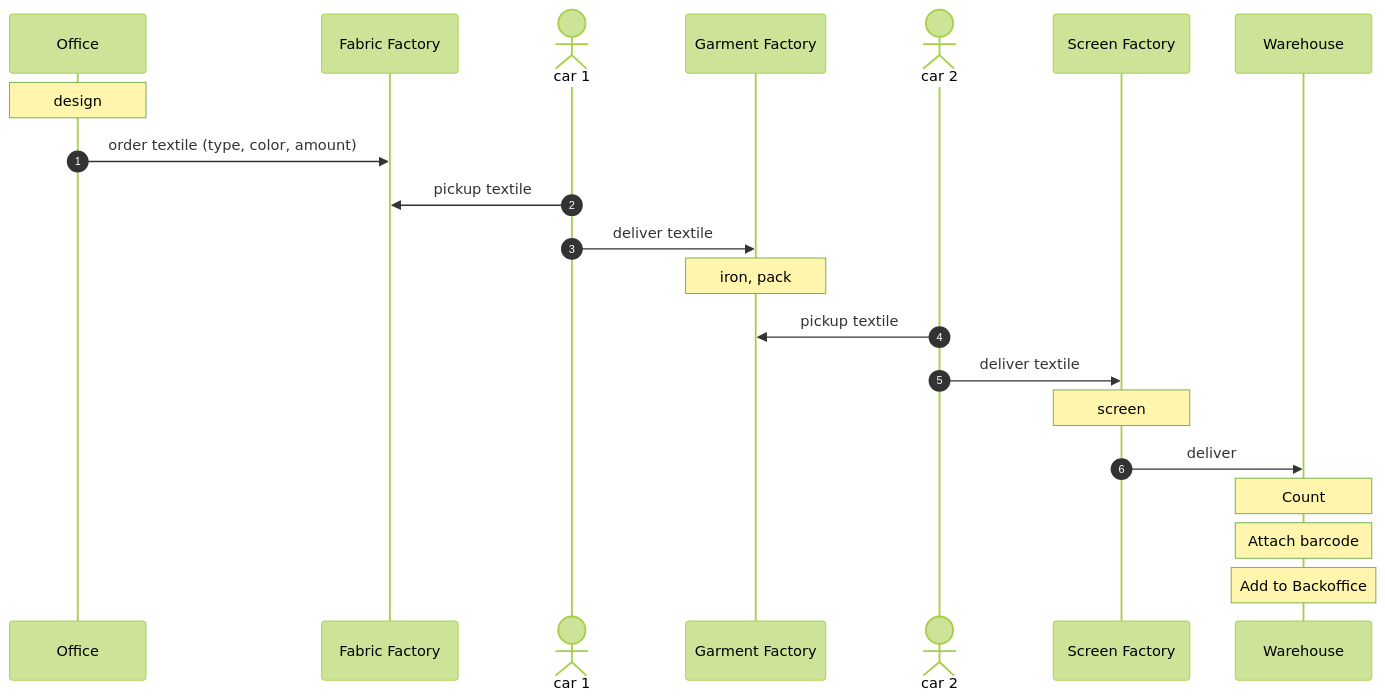
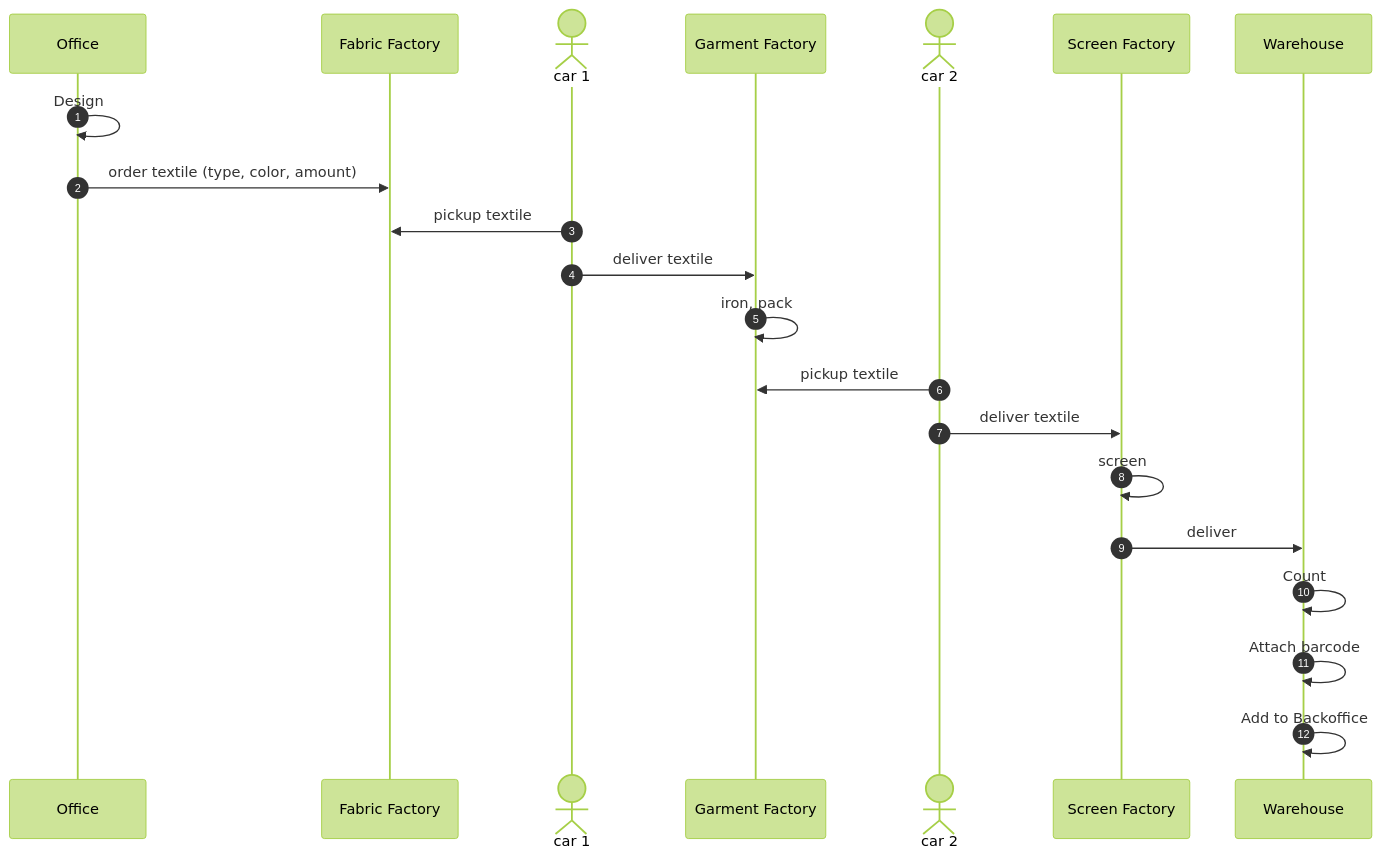
The diagram in manufacturing-flow.md (turboza/urthe-documentation), drawn with Mermaid (forest theme) before and after one commit.

Commit message:
Replace note with arrow for the process
I think it might be nicer to use arrow for the process, wdyt?

````diff
--- a/manufacturing-flow.md
+++ b/manufacturing-flow.md
@@ -3,25 +3,25 @@
 ```mermaid
 sequenceDiagram
     participant Office
     participant Fabric Factory
     actor car 1
     participant Garment Factory
     actor car 2
     participant Screen Factory
     participant Warehouse
 
     autonumber
 
-    Note over Office: design
+    Office->>Office: Design
     Office->>Fabric Factory: order textile (type, color, amount)
     car 1->>Fabric Factory: pickup textile
     car 1->>Garment Factory: deliver textile
-    Note over Garment Factory: iron, pack
+    Garment Factory->>Garment Factory: iron, pack
     car 2->>Garment Factory: pickup textile
     car 2->>Screen Factory: deliver textile
-    Note over Screen Factory: screen
+    Screen Factory->>Screen Factory: screen
     Screen Factory->>Warehouse: deliver
-    Note over Warehouse: Count
-    Note over Warehouse: Attach barcode
-    Note over Warehouse: Add to Backoffice
+    Warehouse->>Warehouse: Count
+    Warehouse->>Warehouse: Attach barcode
+    Warehouse->>Warehouse: Add to Backoffice
 ```
````
